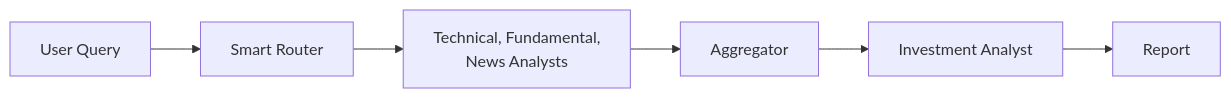
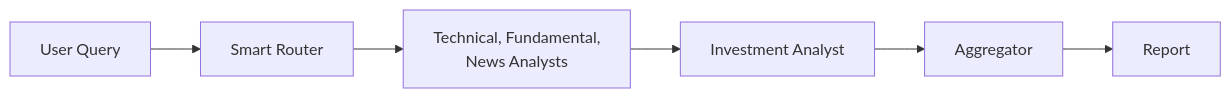
The diagram in README.md (michaelzus/ThinkOnlyOnce), drawn with Mermaid before and after one commit. The commit also changed 5 other files, not shown here.

````diff
--- a/README.md
+++ b/README.md
@@ -59,8 +59,8 @@
 ```mermaid
 flowchart LR
     A[User Query] --> B[Smart Router]
     B --> C["Technical, Fundamental,<br/>News Analysts"]
-    C --> D[Aggregator]
-    D --> E[Investment Analyst]
+    C --> D[Investment Analyst]
+    D --> E[Aggregator]
     E --> F[Report]
 ```
````
